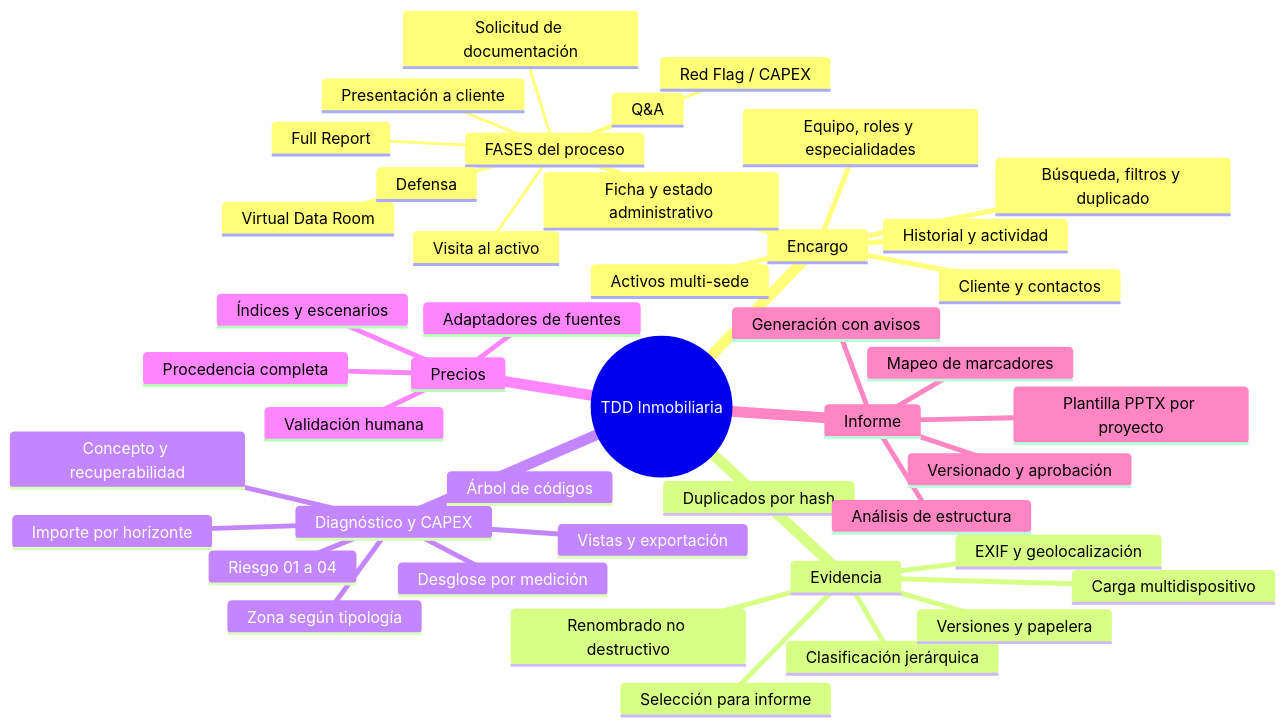
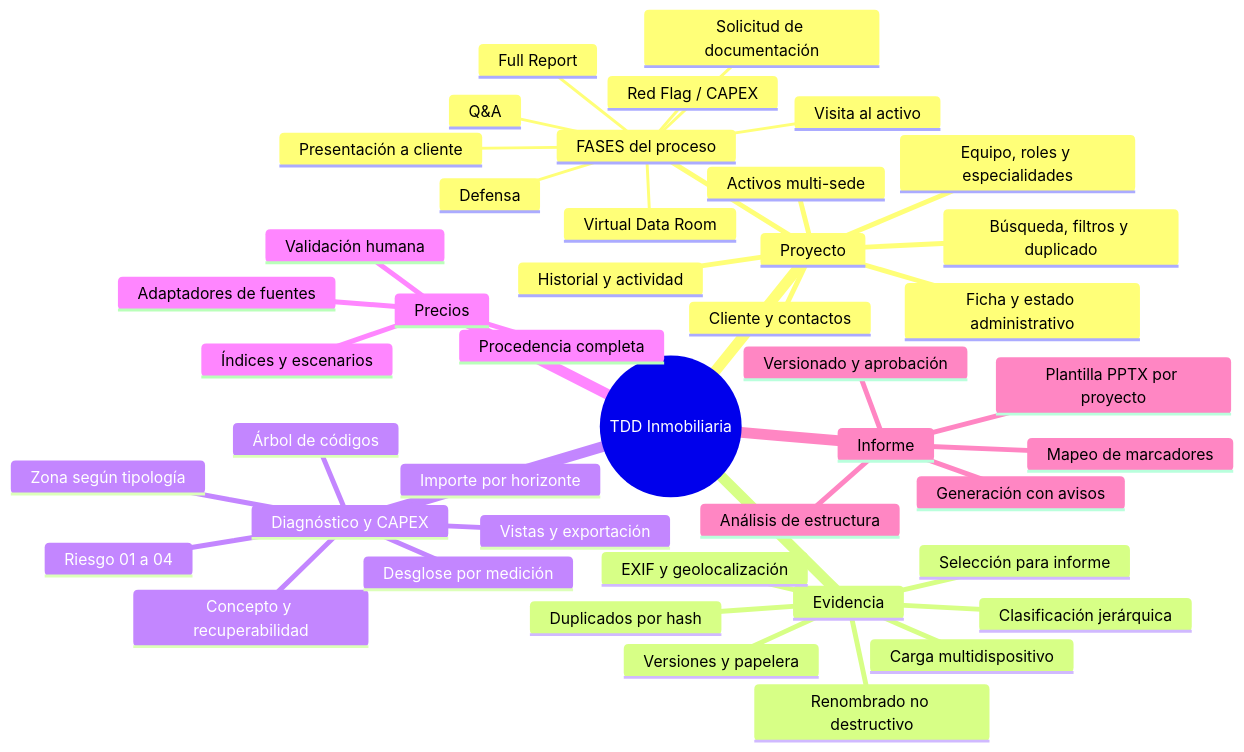
One commit to fercascos/PruebaTDD changed the first of 11 diagrams in docs/02-alcance-y-flujos.md. Above: the diagram before and after it, drawn with Mermaid. The commit also changed other lines of this file and 69 other files, not shown here.

````diff
--- a/docs/02-alcance-y-flujos.md
+++ b/docs/02-alcance-y-flujos.md
@@ -9,47 +9,47 @@
 ```mermaid
 mindmap
   root((TDD Inmobiliaria))
-    Encargo
+    Proyecto
       Ficha y estado administrativo
       Cliente y contactos
       Activos multi-sede
       Equipo, roles y especialidades
       FASES del proceso
         Solicitud de documentación
         Virtual Data Room
         Visita al activo
         Q&A
         Red Flag / CAPEX
         Full Report
         Presentación a cliente
         Defensa
       Búsqueda, filtros y duplicado
       Historial y actividad
     Evidencia
       Carga multidispositivo
       Clasificación jerárquica
       EXIF y geolocalización
       Duplicados por hash
       Renombrado no destructivo
       Versiones y papelera
       Selección para informe
     Diagnóstico y CAPEX
       Zona según tipología
       Árbol de códigos
       Riesgo 01 a 04
       Concepto y recuperabilidad
       Importe por horizonte
       Desglose por medición
       Vistas y exportación
     Precios
       Adaptadores de fuentes
       Procedencia completa
       Validación humana
       Índices y escenarios
     Informe
       Plantilla PPTX por proyecto
       Análisis de estructura
       Mapeo de marcadores
       Generación con avisos
       Versionado y aprobación
 ```
````
